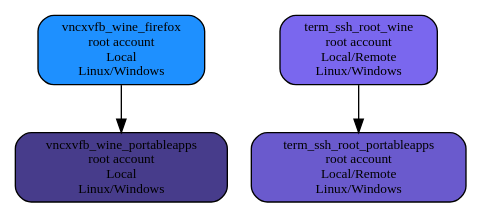
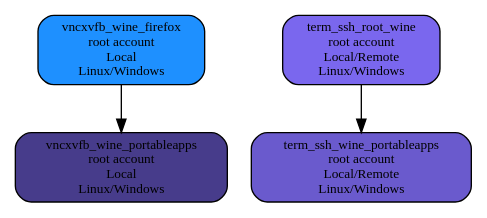
Before and after one commit to marchandd/docker_index: the diagram in graph3.dot, drawn with Graphviz. The commit also changed 4 other files, not shown here.

```diff
--- a/graph3.dot
+++ b/graph3.dot
@@ -1,9 +1,9 @@
 digraph docker
 {
  "vncxvfb_wine_firefox" [label="vncxvfb_wine_firefox\nroot account\nLocal\nLinux/Windows",shape=box,fillcolor="dodgerblue",style="filled,rounded", fontsize="10.0"];
  "vncxvfb_wine_portableapps" [label="vncxvfb_wine_portableapps\nroot account\nLocal\nLinux/Windows",shape=box,fillcolor="slateblue4",style="filled,rounded", fontsize="10.0"];
  "term_ssh_root_wine" [label="term_ssh_root_wine\nroot account\nLocal/Remote\nLinux/Windows",shape=box,fillcolor="slateblue2",style="filled,rounded", fontsize="10.0"];
- "term_ssh_root_portableapps" [label="term_ssh_root_portableapps\nroot account\nLocal/Remote\nLinux/Windows",shape=box,fillcolor="slateblue",style="filled,rounded", fontsize="10.0"];
+ "term_ssh_wine_portableapps" [label="term_ssh_wine_portableapps\nroot account\nLocal/Remote\nLinux/Windows",shape=box,fillcolor="slateblue",style="filled,rounded", fontsize="10.0"];
  "vncxvfb_wine_firefox" -> "vncxvfb_wine_portableapps";
- "term_ssh_root_wine" -> "term_ssh_root_portableapps";
+ "term_ssh_root_wine" -> "term_ssh_wine_portableapps";
 }
```
